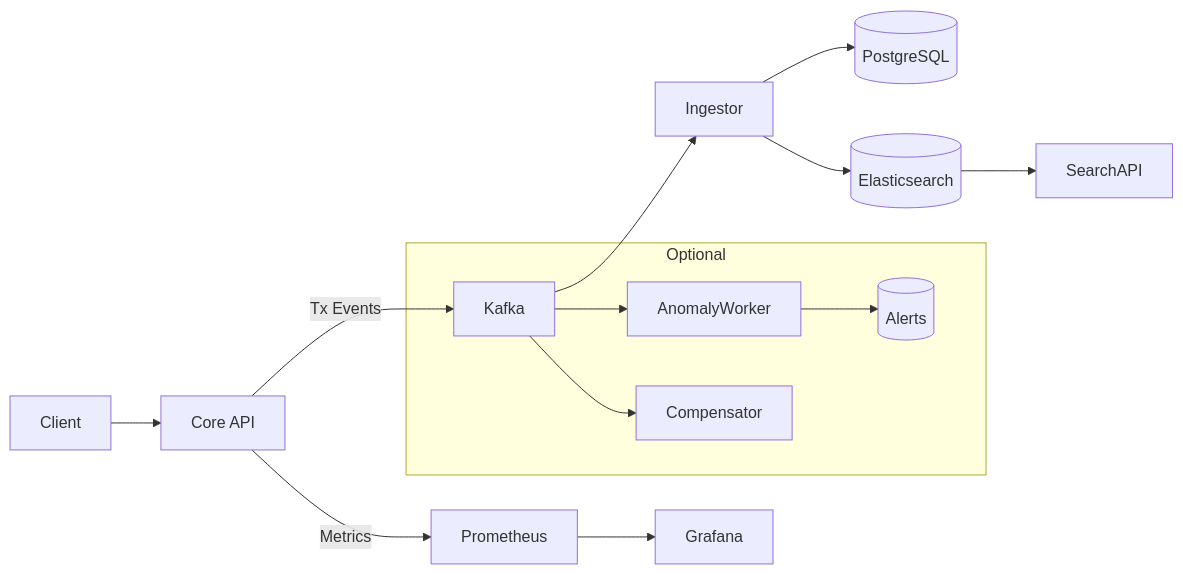
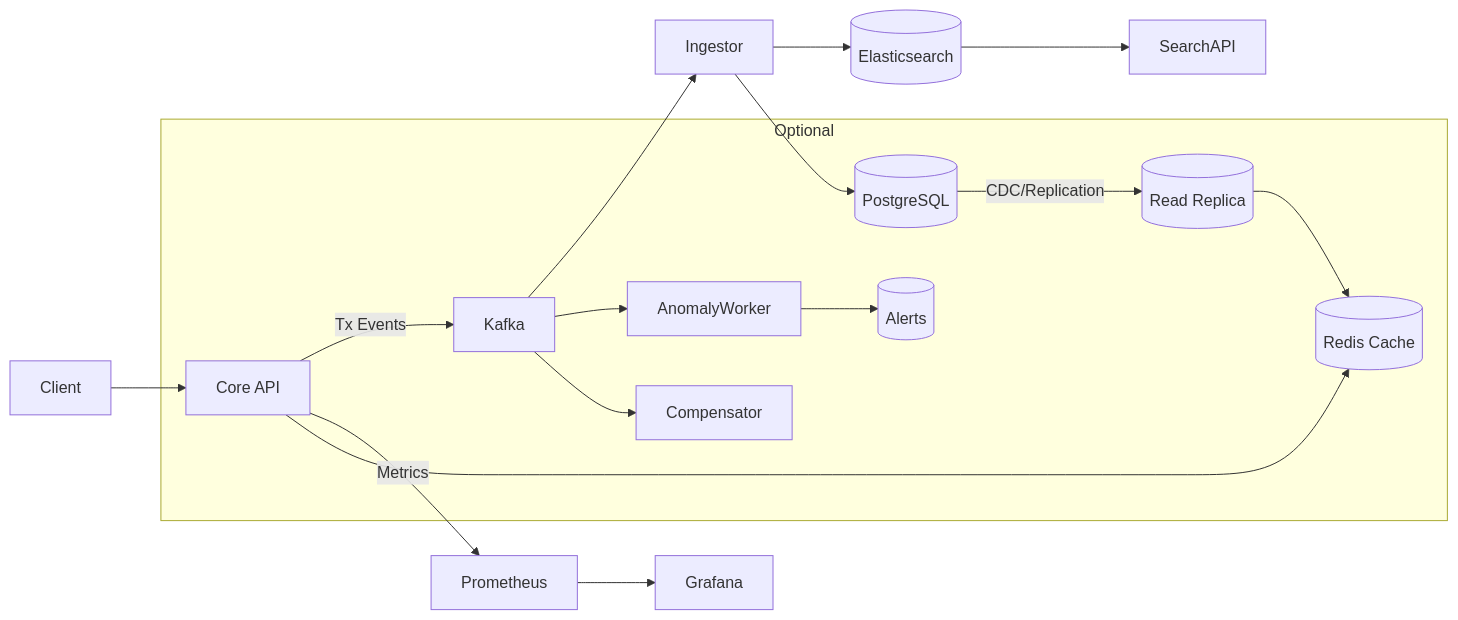
Before and after one commit to Finora-Tech/Finora: the diagram in README.md, drawn with Mermaid. The commit also changed other lines of this file, not shown here.

`````diff
--- a/README.md
+++ b/README.md
@@ -46,15 +49,18 @@
 ```mermaid
 flowchart LR
   User[Client] --> API[Core API]
   API -->|Tx Events| Kafka
   Kafka --> Ingestor
   Ingestor --> DB[(PostgreSQL)]
   Ingestor --> ES[(Elasticsearch)]
   ES --> SearchAPI
   API -->|Metrics| Prometheus
   Prometheus --> Grafana
   subgraph Optional
     Kafka --> AnomalyWorker --> AlertsDB[(Alerts)]
     Kafka --> Compensator
+    DB -->|CDC/Replication| ReadReplica[(Read Replica)]
+    ReadReplica --> Cache[(Redis Cache)]
+    API --> Cache
   end
 ````
`````
